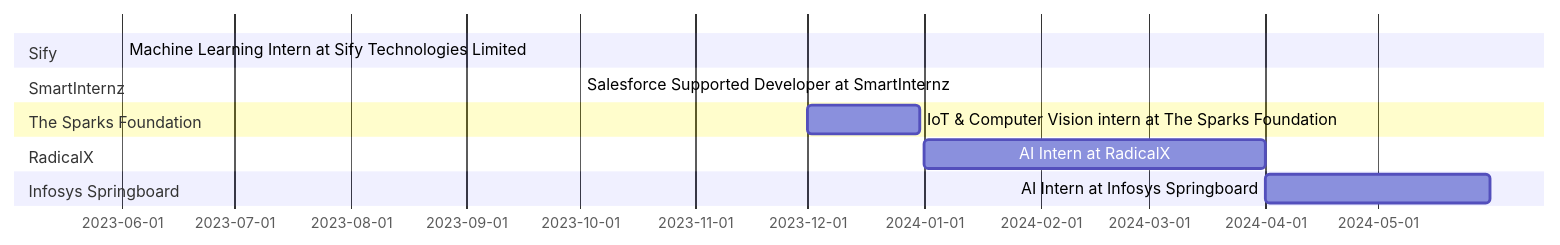
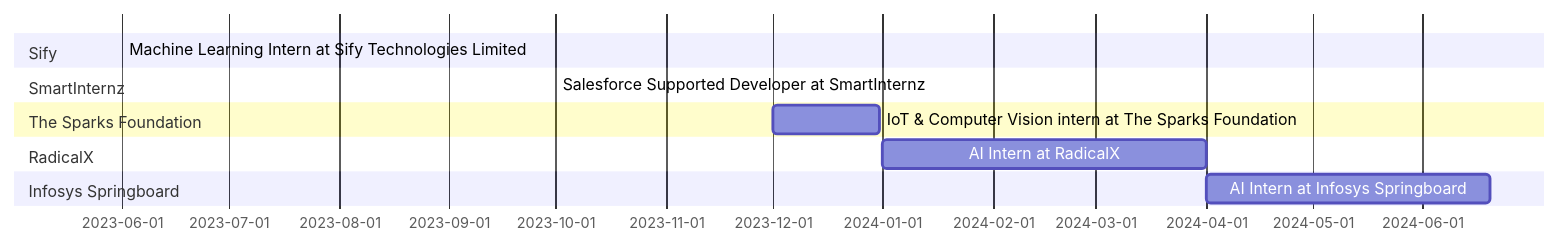
The diagram in README.md (AnkushVe/AnkushVe), drawn with Mermaid before and after one commit.

````diff
--- a/README.md
+++ b/README.md
@@ -30,17 +30,17 @@
 ```mermaid
   gantt
     dateFormat  YYYY-MM-DD
     section Sify
     
     Machine Learning Intern at Sify Technologies Limited :a1, 2023-06-01, 2023-9-01
     section SmartInternz 
     Salesforce Supported Developer at SmartInternz :a2, 2023-10-01, 2023-12-1
     section The Sparks Foundation
     IoT & Computer Vision intern at The Sparks Foundation :a3, 2023-12-01, 2023-12-31
     section RadicalX
     AI Intern at RadicalX :a4, 2024-01-01, 2024-04-01
     section Infosys Springboard
-    AI Intern at Infosys Springboard :a5, 2024-04-01, 2024-05-31
+    AI Intern at Infosys Springboard :a5, 2024-04-01, 2024-06-20
 
 
 ```
````
